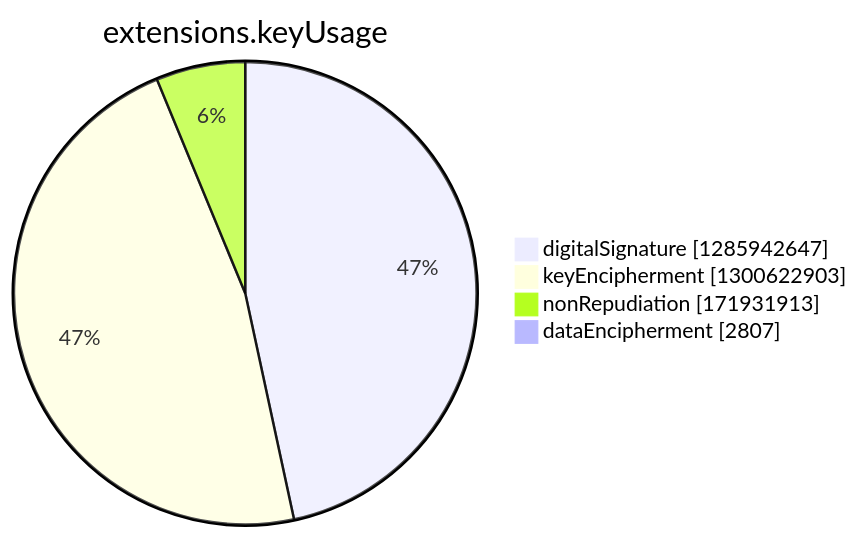
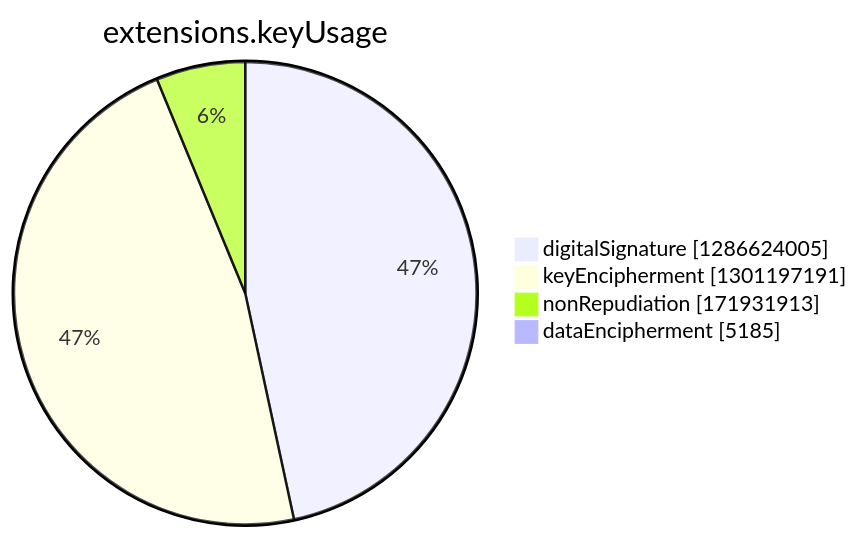
The seventh of 15 diagrams in argon2022/README.md (christiankrug/ctmonitor_visualization), drawn with Mermaid before and after one commit. The commit also changed other lines of this file, not shown here.

````diff
--- a/argon2022/README.md
+++ b/argon2022/README.md
@@ -2748,8 +2748,8 @@
 ```mermaid
 pie showData
 title extensions.keyUsage
-"digitalSignature" :1285942647
-"keyEncipherment" :1300622903
+"digitalSignature" :1286624005
+"keyEncipherment" :1301197191
 "nonRepudiation" :171931913
-"dataEncipherment" :2807
+"dataEncipherment" :5185
 ```
````
